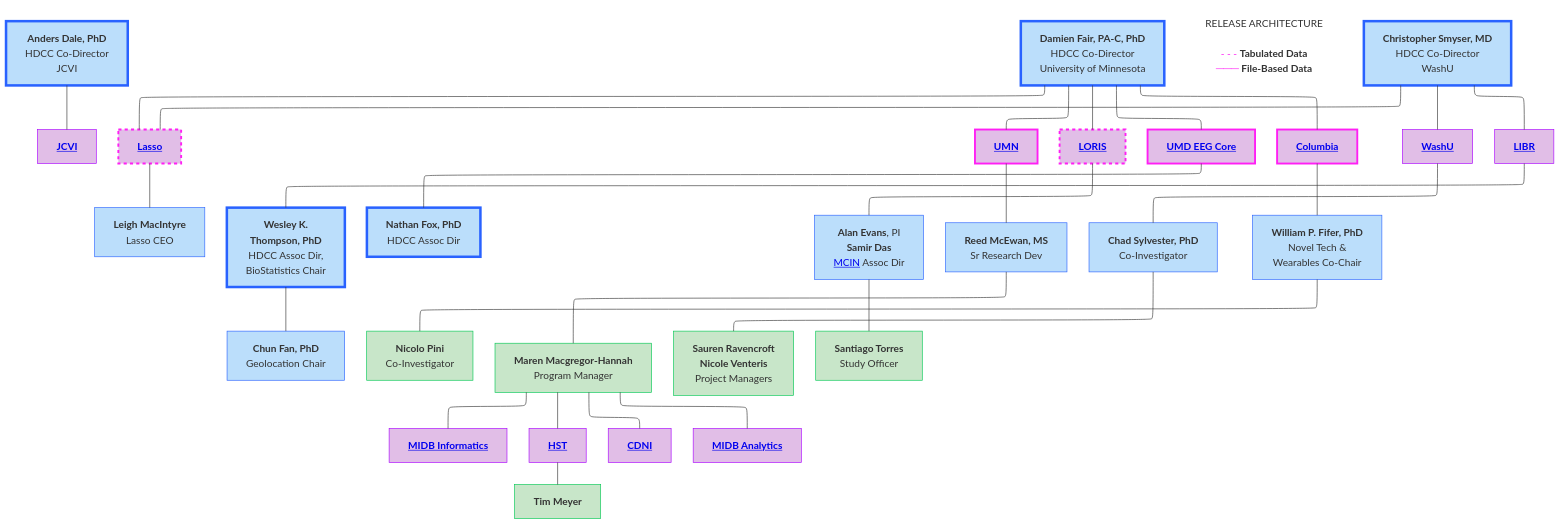
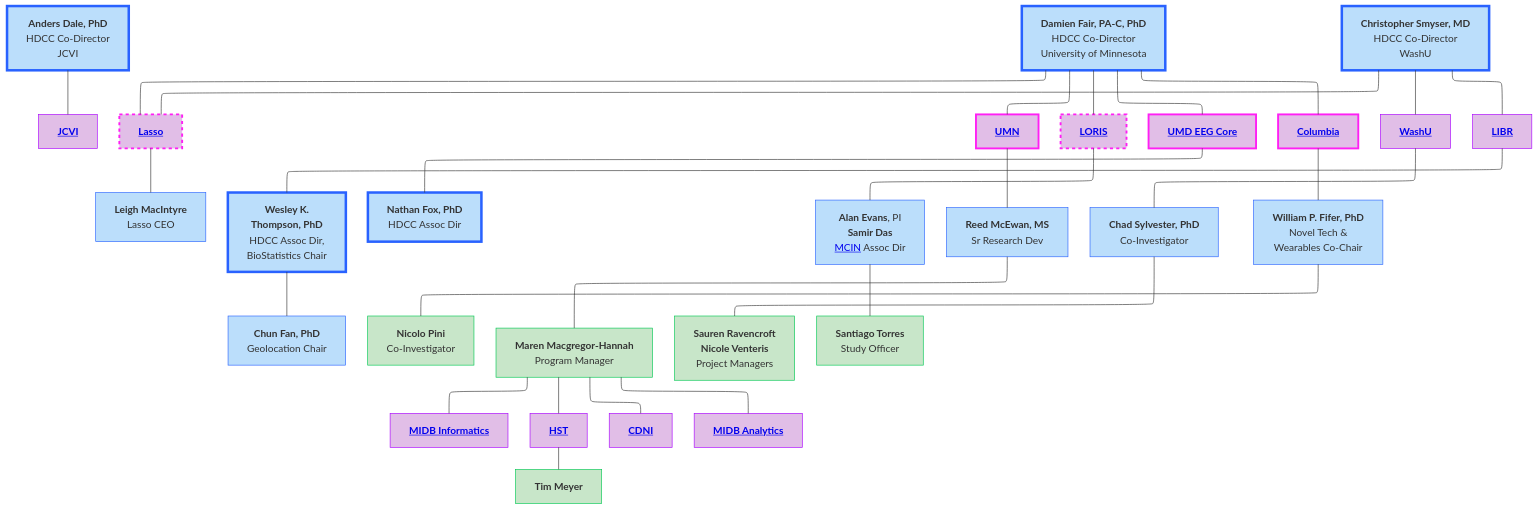
The diagram in docs/temp.md (DCAN-Labs/hbcd-docs-internal), drawn with Mermaid before and after one commit. The commit also changed other lines of this file, not shown here.

````diff
--- a/docs/temp.md
+++ b/docs/temp.md
@@ -5,70 +7,67 @@
 ```mermaid
 ---
 config:
   layout: elk
 ---
 flowchart TB
     n2["<b>Anders Dale, PhD<br></b>HDCC Co-Director<br>JCVI"] --- jcvi["<a href="#j-craig-venter-institute" target="_top"><b>JCVI</b></a>"]
     E["<b>Damien Fair, PA-C, PhD</b><br>HDCC Co-Director<br>University of Minnesota"] --- lasso["<a href="#lasso" target="_top"><b>Lasso</b></a>"] & umn["<a href="#university-of-minnesota" target="_top"><b>UMN</b></a>"] & n7["<a href="#loris" target="_top"><b>LORIS</b></a>"] & n8["<a href="#university-of-maryland" target="_top"><b>UMD EEG Core</b></a>"] & n11["<a href="#columbia-university" target="_top"><b>Columbia</b></a>"]
     lasso --- lasso1["<b>Leigh MacIntyre</b><br>Lasso CEO"]
-    n36["RELEASE ARCHITECTURE<br>
-    <font color='#FF1FF4'>- - -</font> <b>Tabulated Data</b><br><font color='#FF1FF4'>───</font> <b>File-Based Data</b>"]
     n1["<b>Christopher Smyser, MD<br></b>HDCC Co-Director<br>WashU"] --- n10["<a href="#washu" target="_top"><b>WashU</b></a>"] & n12["<a href="#libr" target="_top"><b>LIBR</b></a>"] & lasso
     n16["<b>Wesley K.<br>Thompson, PhD</b><br>HDCC Assoc Dir,<br>BioStatistics Chair"] --- n17["<b>Chun Fan, PhD</b><br>Geolocation Chair"]
     n12 --- n16
     n8 --- n19["<b>Nathan Fox, PhD<br></b>HDCC Assoc Dir"]
     n7 --- n20["<b>Alan Evans</b>, PI<br><b>Samir Das</b><br><a href="https://mcin.ca/about-mcin/" target="_blank">MCIN</a> Assoc Dir"]
     umn --- reed["<b>Reed McEwan, MS</b><br>Sr Research Dev"]
     n10 --- n22["<b>Chad Sylvester, PhD</b><br>Co-Investigator"]
     n11 --- n18["<b>William P. Fifer, PhD</b><br>Novel Tech &<br>Wearables Co-Chair"]
     n18 --- n34["<b>Nicolo Pini</b><br>Co-Investigator"]
     reed --- n30["<b>Maren Macgregor-Hannah</b><br>Program Manager"]
     n30 --- n25["<a href="#midb-informatics-hub-msi" target="_top"><b>MIDB Informatics</b></a>"]
     n30 --- n27["<a href="#health-sciences-technology" target="_top"><b>HST</b></a>"]
     n30 --- n28["<a href="#center-for-developmental-neuroimaging" target="_top"><b>CDNI</b></a>"]
     n30 --- n29["<a href="#midb-analytics-hub" target="_top"><b>MIDB Analytics</b></a>"]
     n27 --- n31["<b>Tim Meyer</b>"]
     n22 --- n32["<b>Sauren Ravencroft<br>Nicole Venteris</b><br>Project Managers"]
     n20 --- n33["<b>Santiago Torres</b><br>Study Officer"]
-    style n36 fill:#FFFFFF,stroke:#FFFFFF
     style n2 fill:#BBDEFB,stroke:#2962FF,stroke-width:4px
     style jcvi fill:#E1BEE7,stroke:#AA00FF
     style E fill:#BBDEFB,stroke:#2962FF,stroke-width:4px
     style lasso fill:#E1BEE7,stroke:#FF1FF4,stroke-width:3px,stroke-dasharray: 5
     style umn fill:#E1BEE7,stroke:#FF1FF4,stroke-width:3px,stroke-dasharray: 0
     style n7 fill:#E1BEE7,stroke:#FF1FF4,stroke-width:3px,stroke-dasharray: 5
     style n8 fill:#E1BEE7,stroke:#FF1FF4,stroke-width:3px,stroke-dasharray: 0
     style n11 fill:#E1BEE7,stroke:#FF1FF4,stroke-width:3px,stroke-dasharray: 0
     style lasso1 fill:#BBDEFB,stroke:#2962FF
     style n1 fill:#BBDEFB,stroke:#2962FF,stroke-width:4px
     style n10 fill:#E1BEE7,stroke:#AA00FF
     style n12 fill:#E1BEE7,stroke:#AA00FF
     style n16 fill:#BBDEFB,stroke:#2962FF,stroke-width:4px
     style n17 fill:#BBDEFB,stroke:#2962FF
     style n19 fill:#BBDEFB,stroke:#2962FF,stroke-width:4px
     style n20 fill:#BBDEFB,stroke:#2962FF
     style reed fill:#BBDEFB,stroke:#2962FF
     style n22 fill:#BBDEFB,stroke:#2962FF
     style n18 fill:#BBDEFB,stroke:#2962FF
     style n25 fill:#E1BEE7,stroke:#AA00FF
     style n27 fill:#E1BEE7,stroke:#AA00FF
     style n28 fill:#E1BEE7,stroke:#AA00FF
     style n29 fill:#E1BEE7,stroke:#AA00FF
     style n30 fill:#C8E6C9,stroke:#00C853
     style n31 fill:#C8E6C9,stroke:#00C853
     style n32 fill:#C8E6C9,stroke:#00C853
     style n33 fill:#C8E6C9,stroke:#00C853
     style n34 fill:#C8E6C9,stroke:#00C853
     click jcvi "#j-craig-venter-institute"
     click lasso "#lasso"
     click umn "#university-of-minnesota"
     click n7 "#loris"
     click n8 "#university-of-maryland"
     click n10 "#washu"
     click n25 "#midb-informatics-hub-msi"
     click n29 "#midb-analytics-hub"
     click n27 "#health-sciences-technology"
     click n28 "#center-for-developmental-neuroimaging"
     click n12 "#libr"
     click n11 "#columbia-university"
 ```
````
